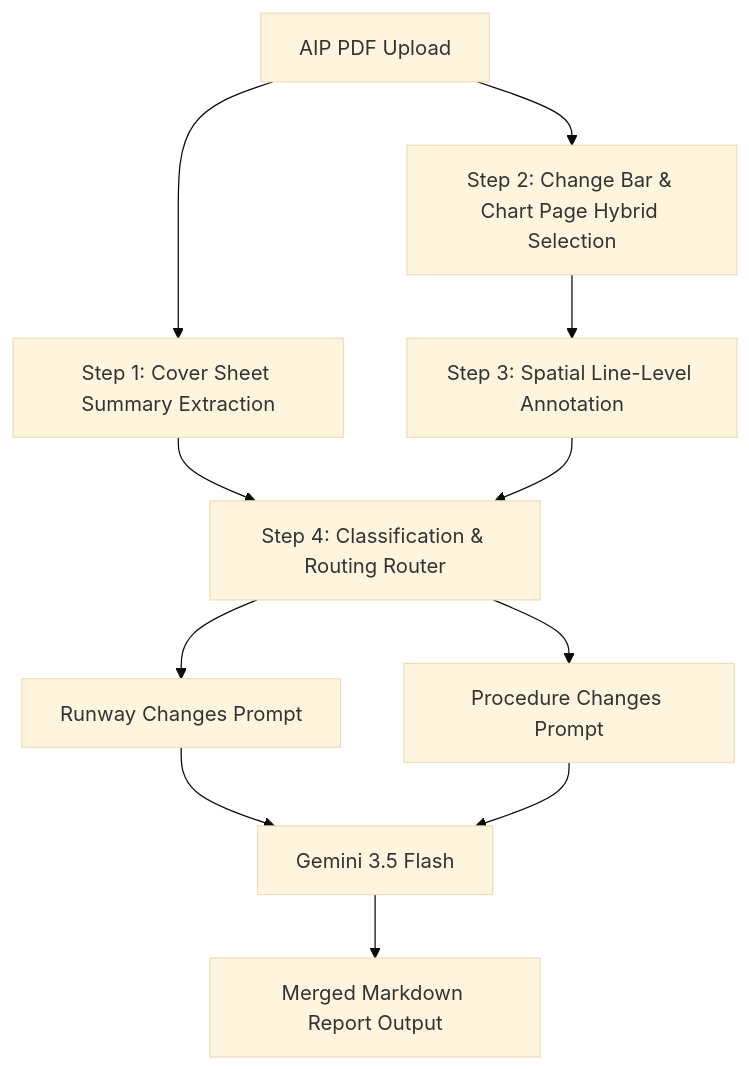
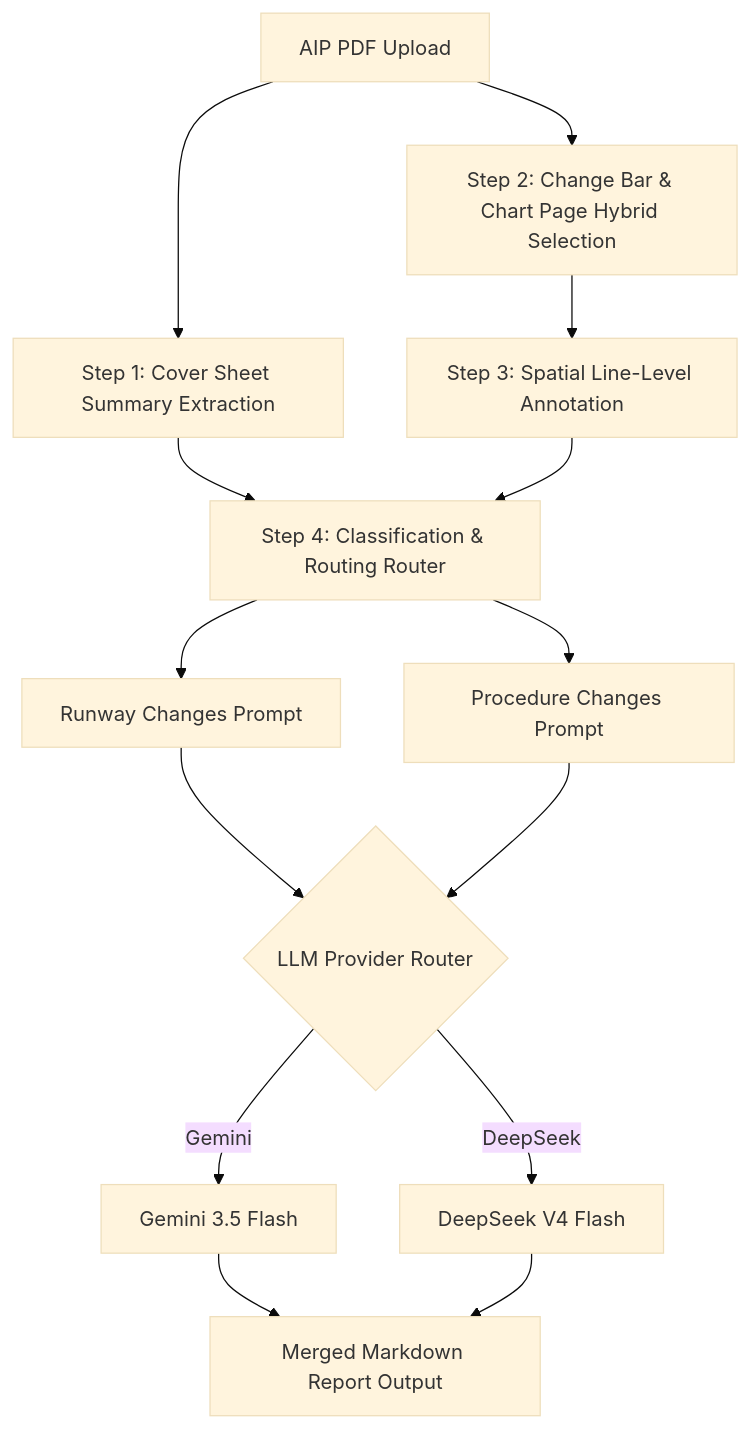
The diagram in ALGORITHM.md (Sunnywslau/aip-pdf-summarizer), drawn with Mermaid (base theme) before and after one commit. The commit also changed other lines of this file, not shown here.

Commit message:
Update ALGORITHM.md: show dual-model router (Gemini 3.5 Flash / DeepSeek V4 Flash) in mermaid architecture diagram

````diff
--- a/ALGORITHM.md
+++ b/ALGORITHM.md
@@ -13,13 +13,16 @@
 ```mermaid
 graph TD
     A[AIP PDF Upload] --> B[Step 1: Cover Sheet Summary Extraction]
     A --> C[Step 2: Change Bar & Chart Page Hybrid Selection]
     C --> D[Step 3: Spatial Line-Level Annotation]
     B --> E[Step 4: Classification & Routing Router]
     D --> E
     E --> F[Runway Changes Prompt]
     E --> G[Procedure Changes Prompt]
-    F --> H[Gemini 3.5 Flash]
+    F --> H{LLM Provider Router}
     G --> H
-    H --> I[Merged Markdown Report Output]
+    H -->|Gemini| I[Gemini 3.5 Flash]
+    H -->|DeepSeek| J[DeepSeek V4 Flash]
+    I --> K[Merged Markdown Report Output]
+    J --> K
 ```
````
